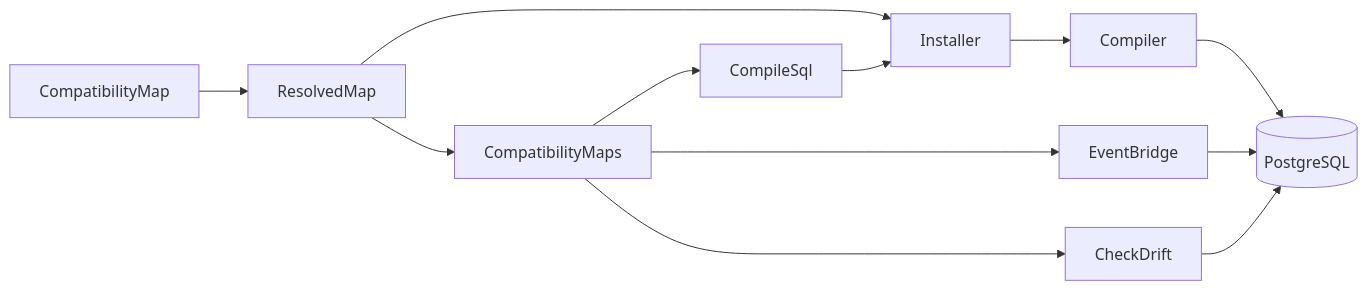
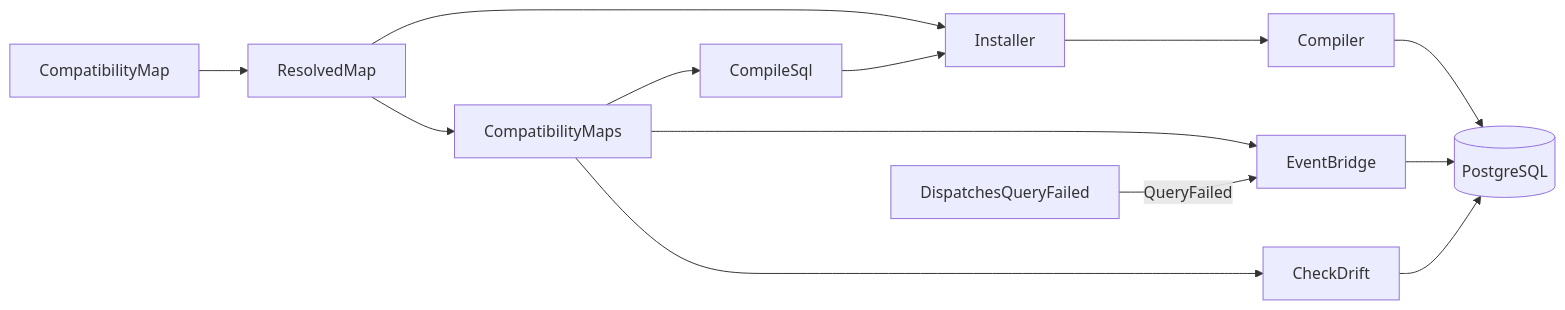
Before and after one commit to AryeoHQ/eloquent-compatibility: the diagram in docs/architecture.md, drawn with Mermaid. The commit also changed other lines of this file and 24 other files, not shown here.

First line of the commit message:
feat(connections): raise QueryFailed and require it for mirrored writes

````diff
--- a/docs/architecture.md
+++ b/docs/architecture.md
@@ -37,14 +38,15 @@
 ```mermaid
 flowchart LR
   Map["CompatibilityMap"] --> Resolved["ResolvedMap"]
   Resolved --> Installer
   Installer --> Compiler
   Compiler --> Database[("PostgreSQL")]
   Resolved --> Registry["CompatibilityMaps"]
   Registry --> Bridge["EventBridge"]
   Registry --> Check["CheckDrift"]
   Registry --> Print["CompileSql"]
   Print --> Installer
   Bridge --> Database
   Check --> Database
+  Connection["DispatchesQueryFailed"] -->|QueryFailed| Bridge
 ```
````
